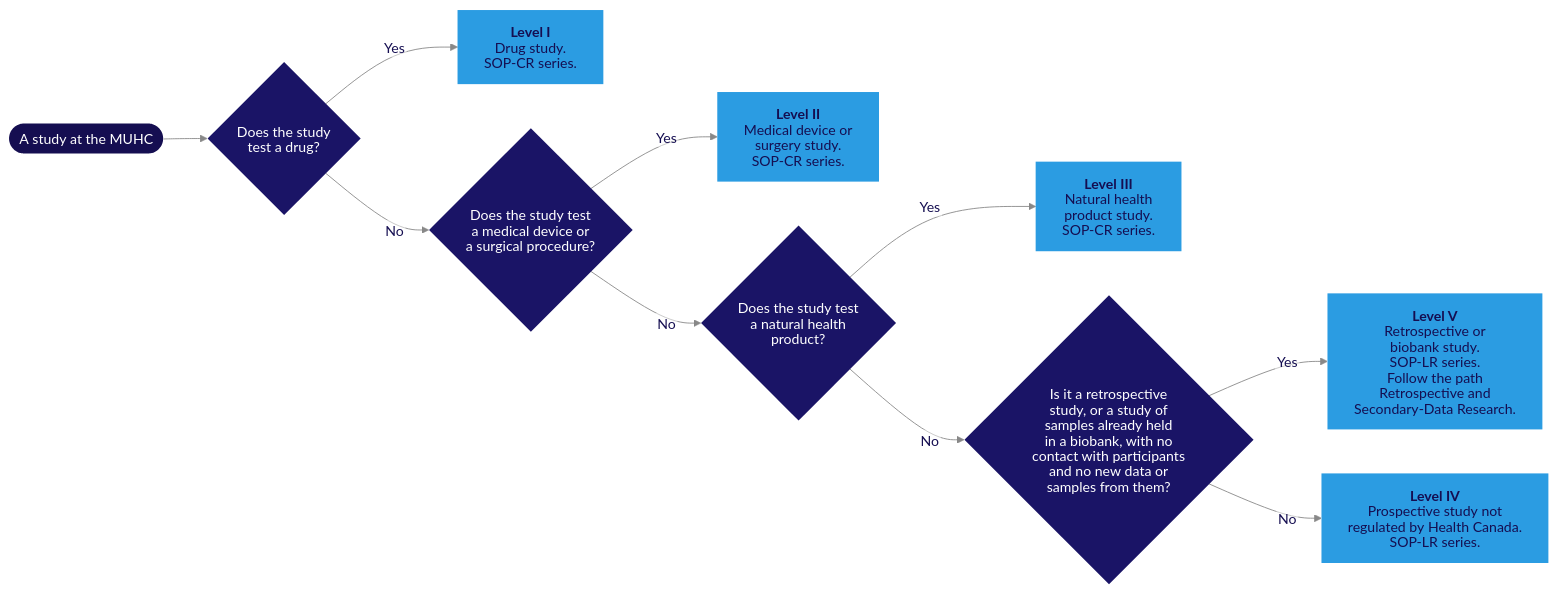
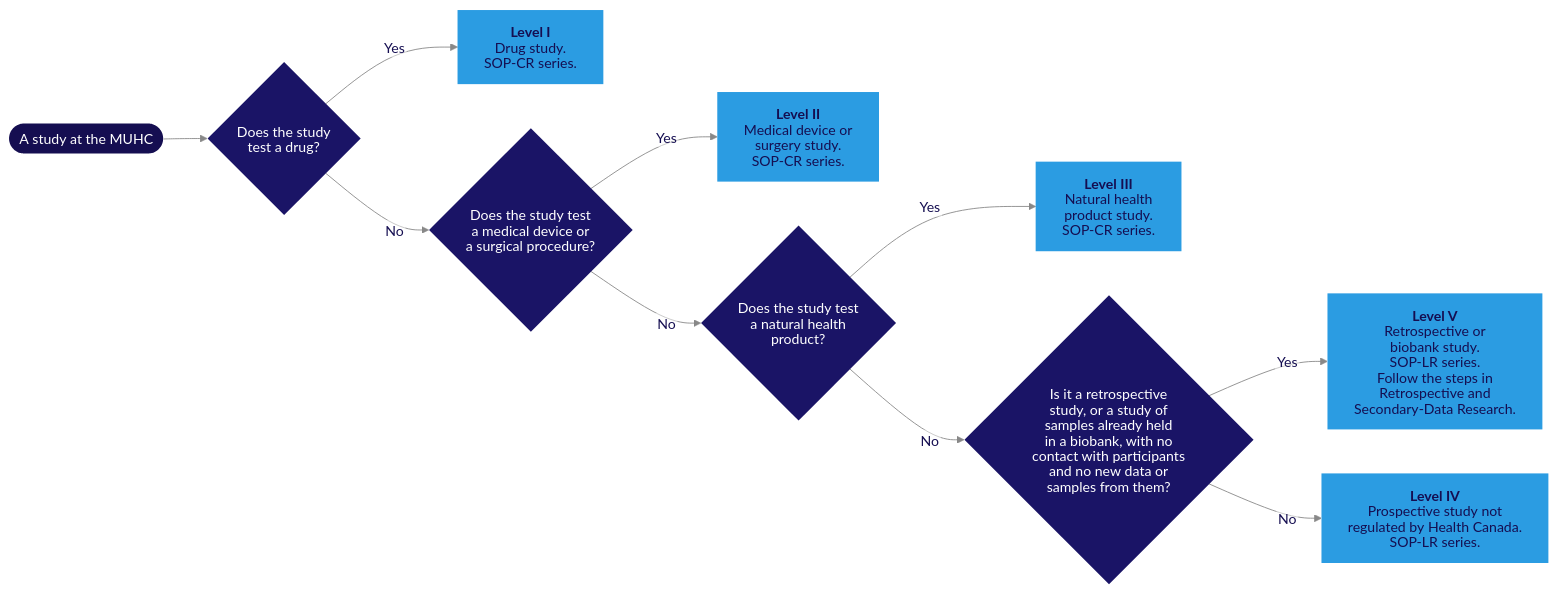
The diagram in images/diagrams/paths-types-of-study.mmd (matthewfiorentino/docs), drawn with Mermaid before and after one commit. The commit also changed 2 other files, not shown here.

Commit message:
Types of Study in plain words (U01 1523)
MF: "Find your study's level", "place a study" read as shorthand. The
description, opening, seven headings, the questions' lead-in and the
diagram's Level V label rewritten in plain words; every fact kept.

```diff
--- a/images/diagrams/paths-types-of-study.mmd
+++ b/images/diagrams/paths-types-of-study.mmd
@@ -1,23 +1,23 @@
 %%{init: {'theme':'base','htmlLabels':false,'flowchart':{'htmlLabels':false,'subGraphTitleMargin':{'top':14,'bottom':10}},'themeVariables':{'primaryColor':'#2b2666','primaryTextColor':'#ffffff','primaryBorderColor':'#2b2666','lineColor':'#888','edgeLabelBackground':'#ffffff','titleColor':'#150e51','fontFamily':'system-ui,sans-serif'}}}%%
 flowchart LR
     START(["A study at the MUHC"]) --> Q1{"Does the study<br/>test a drug?"}
     Q1 -->|"Yes"| L1["`**Level I**<br/>Drug study.<br/>SOP-CR series.`"]
     Q1 -->|"No"| Q2{"Does the study test<br/>a medical device or<br/>a surgical procedure?"}
     Q2 -->|"Yes"| L2["`**Level II**<br/>Medical device or<br/>surgery study.<br/>SOP-CR series.`"]
     Q2 -->|"No"| Q3{"Does the study test<br/>a natural health<br/>product?"}
     Q3 -->|"Yes"| L3["`**Level III**<br/>Natural health<br/>product study.<br/>SOP-CR series.`"]
     Q3 -->|"No"| Q4{"Is it a retrospective<br/>study, or a study of<br/>samples already held<br/>in a biobank, with no<br/>contact with participants<br/>and no new data or<br/>samples from them?"}
-    Q4 -->|"Yes"| L5["`**Level V**<br/>Retrospective or<br/>biobank study.<br/>SOP-LR series.<br/>Follow the path<br/>Retrospective and<br/>Secondary-Data Research.`"]
+    Q4 -->|"Yes"| L5["`**Level V**<br/>Retrospective or<br/>biobank study.<br/>SOP-LR series.<br/>Follow the steps in<br/>Retrospective and<br/>Secondary-Data Research.`"]
     Q4 -->|"No"| L4["`**Level IV**<br/>Prospective study not<br/>regulated by Health Canada.<br/>SOP-LR series.`"]
 
     style START fill:#150e51,color:#fff,stroke:none
     style Q1 fill:#1a1466,color:#fff,stroke:none
     style Q2 fill:#1a1466,color:#fff,stroke:none
     style Q3 fill:#1a1466,color:#fff,stroke:none
     style Q4 fill:#1a1466,color:#fff,stroke:none
     style L1 fill:#2b9ce2,color:#150e51,stroke:none
     style L2 fill:#2b9ce2,color:#150e51,stroke:none
     style L3 fill:#2b9ce2,color:#150e51,stroke:none
     style L4 fill:#2b9ce2,color:#150e51,stroke:none
     style L5 fill:#2b9ce2,color:#150e51,stroke:none
     linkStyle default color:#150e51
```
